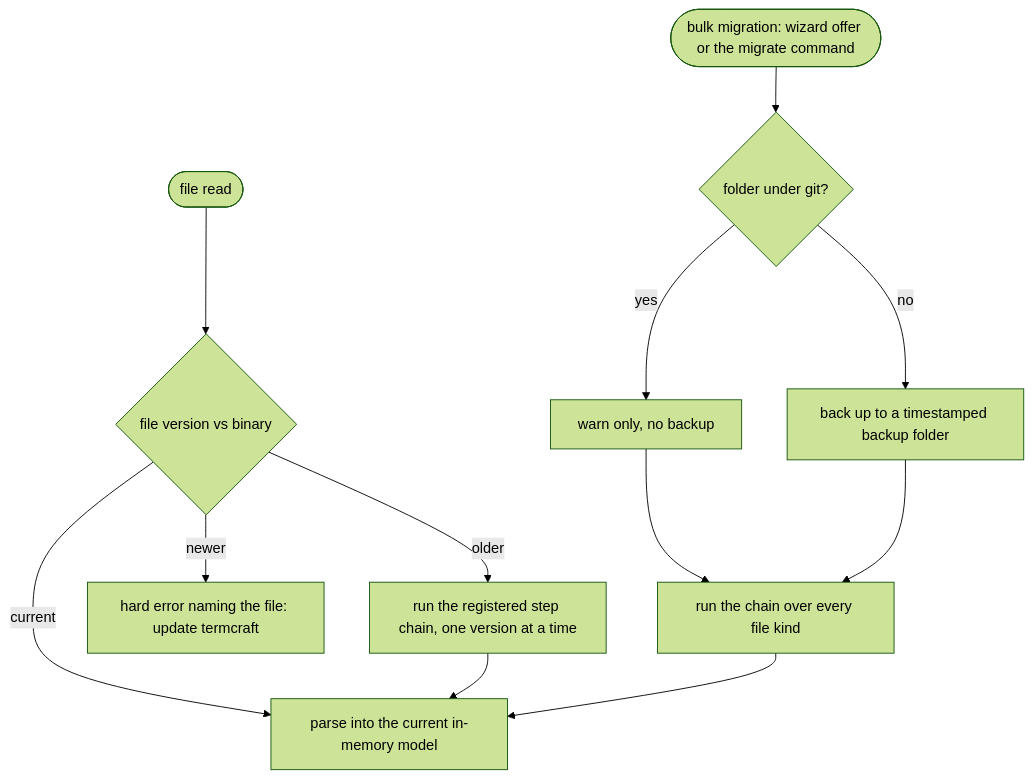
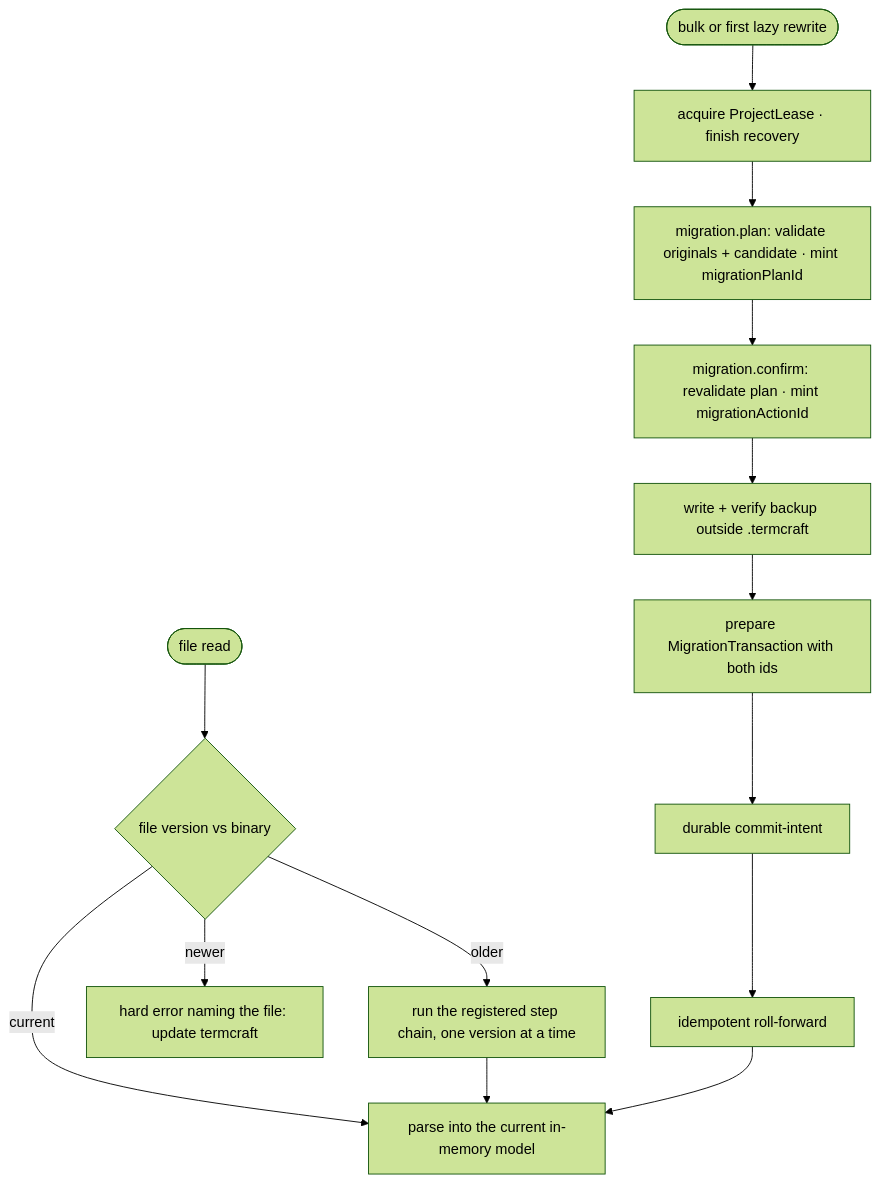
The diagram in docs/architecture/flows/migration.md (khmilevoi/termcraft), drawn with Mermaid (forest theme) before and after one commit. The commit also changed other lines of this file and 22 other files, not shown here.

````diff
--- a/docs/architecture/flows/migration.md
+++ b/docs/architecture/flows/migration.md
@@ -3,15 +3,17 @@
 ```mermaid
 flowchart TD
     read(["file read"]) --> ver{"file version vs binary"}
     ver -- "current" --> use["parse into the current in-memory model"]
     ver -- "older" --> chain["run the registered step chain, one version at a time"]
     chain --> use
     ver -- "newer" --> err["hard error naming the file: update termcraft"]
 
-    bulk(["bulk migration: wizard offer or the migrate command"]) --> gitq{"folder under git?"}
-    gitq -- "yes" --> warn["warn only, no backup"]
-    gitq -- "no" --> backup["back up to a timestamped backup folder"]
-    warn --> all["run the chain over every file kind"]
-    backup --> all
+    bulk(["bulk or first lazy rewrite"]) --> lease["acquire ProjectLease · finish recovery"]
+    lease --> plan["migration.plan: validate originals + candidate · mint migrationPlanId"]
+    plan --> confirm["migration.confirm: revalidate plan · mint migrationActionId"]
+    confirm --> backup["write + verify backup outside .termcraft"]
+    backup --> tx["prepare MigrationTransaction with both ids"]
+    tx --> intent["durable commit-intent"]
+    intent --> all["idempotent roll-forward"]
     all --> use
 ```
````
